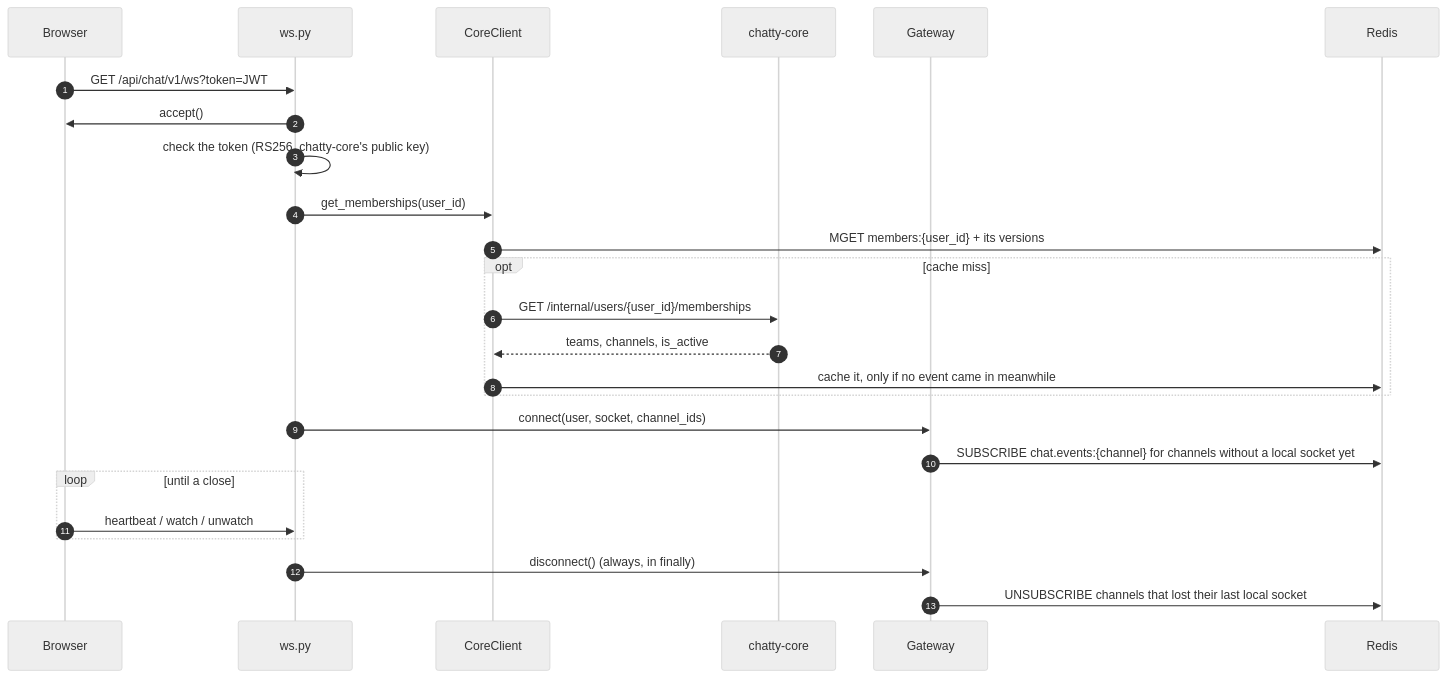
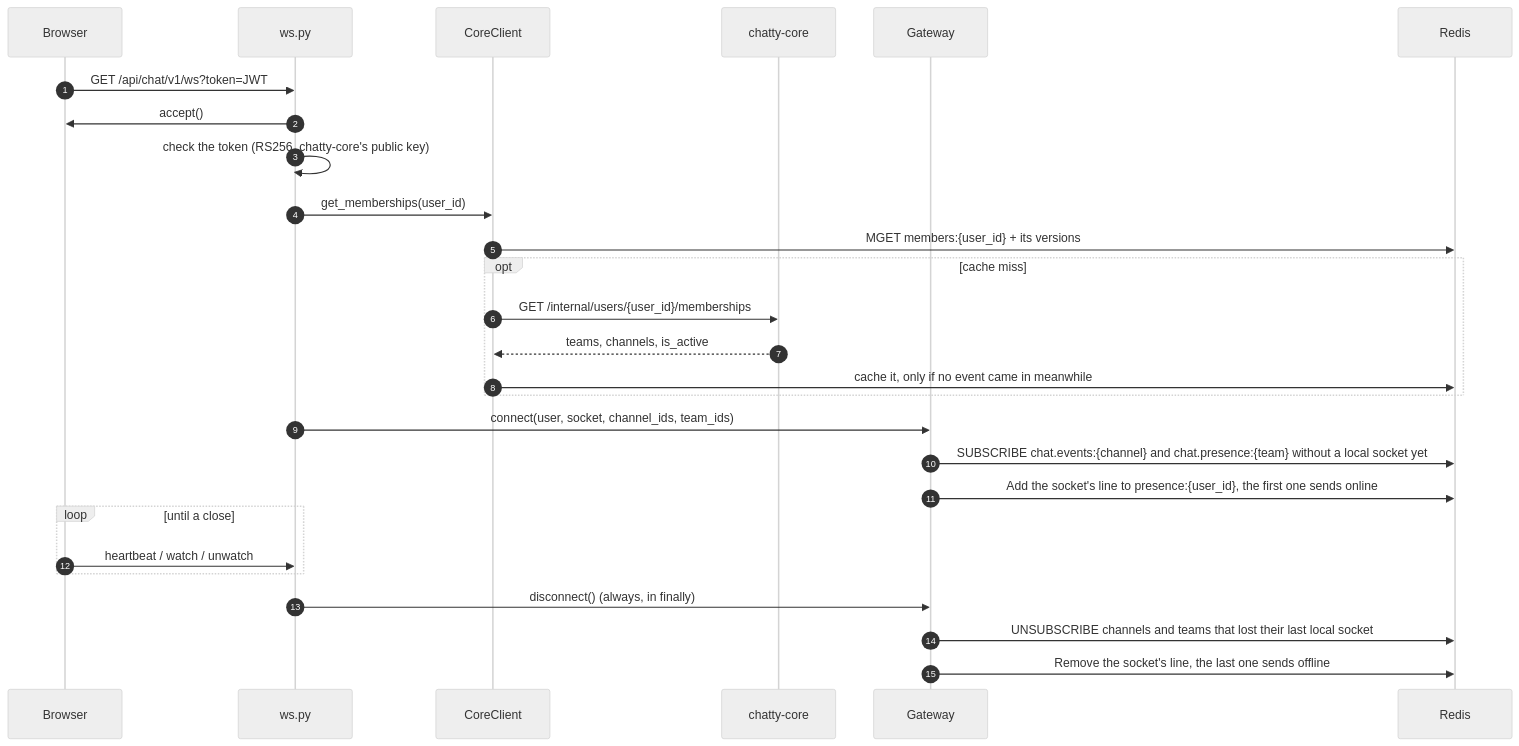
One commit to Chatty4/chatty-docs changed the second of 6 diagrams in architecture/realtime.md. Above: the diagram before and after it, drawn with Mermaid (neutral theme). The commit also changed other lines of this file, not shown here.

Commit message:
CHAT-215: add presence to the live events page

````diff
--- a/architecture/realtime.md
+++ b/architecture/realtime.md
@@ -88,28 +90,30 @@
 ```mermaid
 sequenceDiagram
     autonumber
     participant B as Browser
     participant WS as ws.py
     participant CC as CoreClient
     participant C as chatty-core
     participant GW as Gateway
     participant R as Redis
 
     B->>WS: GET /api/chat/v1/ws?token=JWT
     WS->>B: accept()
     WS->>WS: check the token (RS256, chatty-core's public key)
     WS->>CC: get_memberships(user_id)
     CC->>R: MGET members:{user_id} + its versions
     opt cache miss
         CC->>C: GET /internal/users/{user_id}/memberships
         C-->>CC: teams, channels, is_active
         CC->>R: cache it, only if no event came in meanwhile
     end
-    WS->>GW: connect(user, socket, channel_ids)
-    GW->>R: SUBSCRIBE chat.events:{channel} for channels without a local socket yet
+    WS->>GW: connect(user, socket, channel_ids, team_ids)
+    GW->>R: SUBSCRIBE chat.events:{channel} and chat.presence:{team} without a local socket yet
+    GW->>R: Add the socket's line to presence:{user_id}, the first one sends online
     loop until a close
         B->>WS: heartbeat / watch / unwatch
     end
     WS->>GW: disconnect() (always, in finally)
-    GW->>R: UNSUBSCRIBE channels that lost their last local socket
+    GW->>R: UNSUBSCRIBE channels and teams that lost their last local socket
+    GW->>R: Remove the socket's line, the last one sends offline
 ```
````
